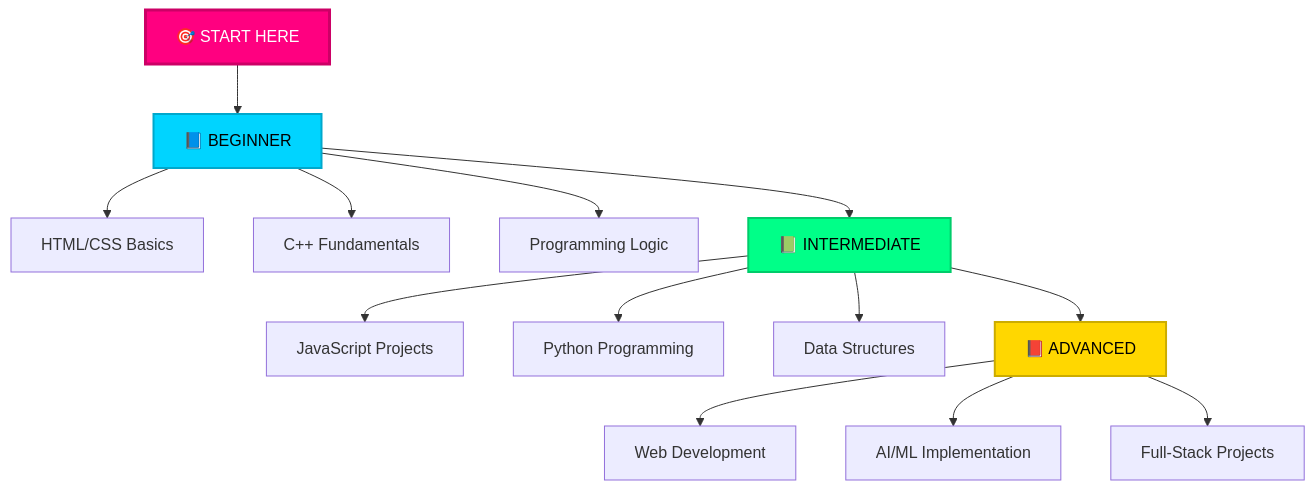
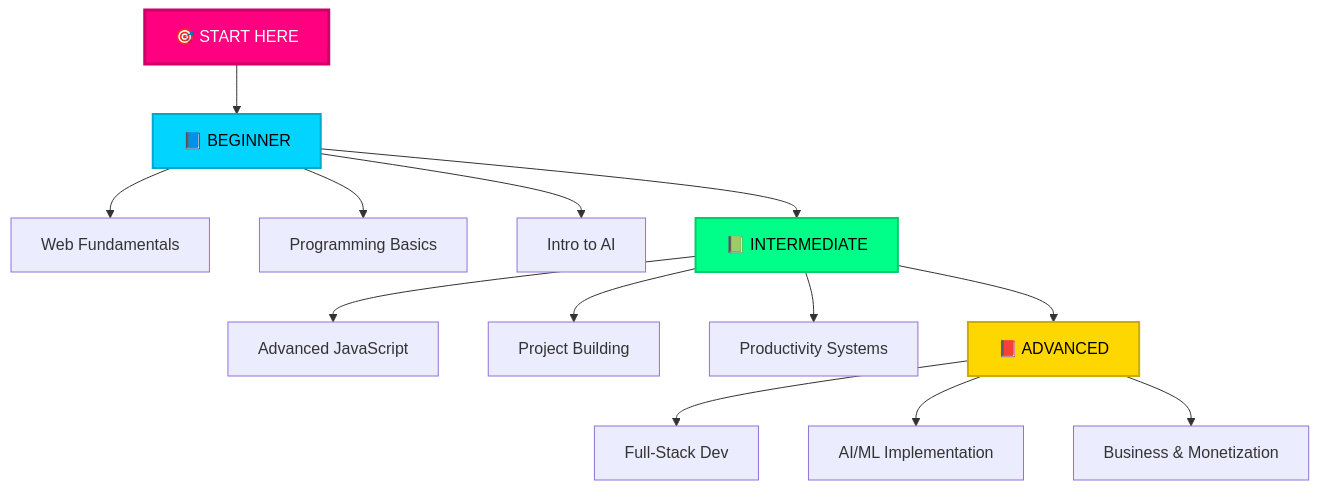
The third of 3 diagrams in README.md (dojicreates/dojicreates), drawn with Mermaid before and after one commit. The commit also changed other lines of this file, not shown here.

````diff
--- a/README.md
+++ b/README.md
@@ -384,22 +314,22 @@
 ```mermaid
 graph TD
     START[🎯 START HERE] --> A[📘 BEGINNER]
-    A --> A1[HTML/CSS Basics]
-    A --> A2[C++ Fundamentals]
-    A --> A3[Programming Logic]
-    
+    A --> A1[Web Fundamentals]
+    A --> A2[Programming Basics]
+    A --> A3[Intro to AI]
+   
     A --> B[📗 INTERMEDIATE]
-    B --> B1[JavaScript Projects]
-    B --> B2[Python Programming]
-    B --> B3[Data Structures]
-    
+    B --> B1[Advanced JavaScript]
+    B --> B2[Project Building]
+    B --> B3[Productivity Systems]
+   
     B --> C[📕 ADVANCED]
-    C --> C1[Web Development]
+    C --> C1[Full-Stack Dev]
     C --> C2[AI/ML Implementation]
-    C --> C3[Full-Stack Projects]
-    
+    C --> C3[Business & Monetization]
+   
     style START fill:#ff0080,stroke:#cc0066,stroke-width:3px,color:#fff
     style A fill:#00d4ff,stroke:#00a8cc,stroke-width:2px,color:#000
     style B fill:#00ff88,stroke:#00cc6a,stroke-width:2px,color:#000
     style C fill:#ffd700,stroke:#ccac00,stroke-width:2px,color:#000
 ```
````
